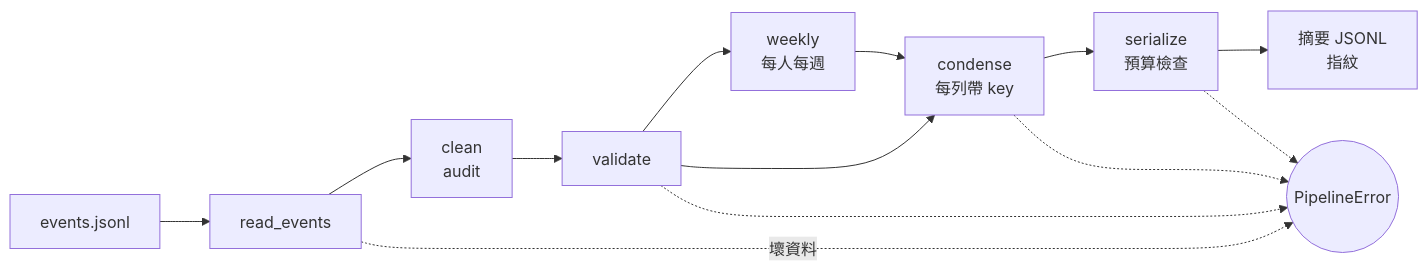
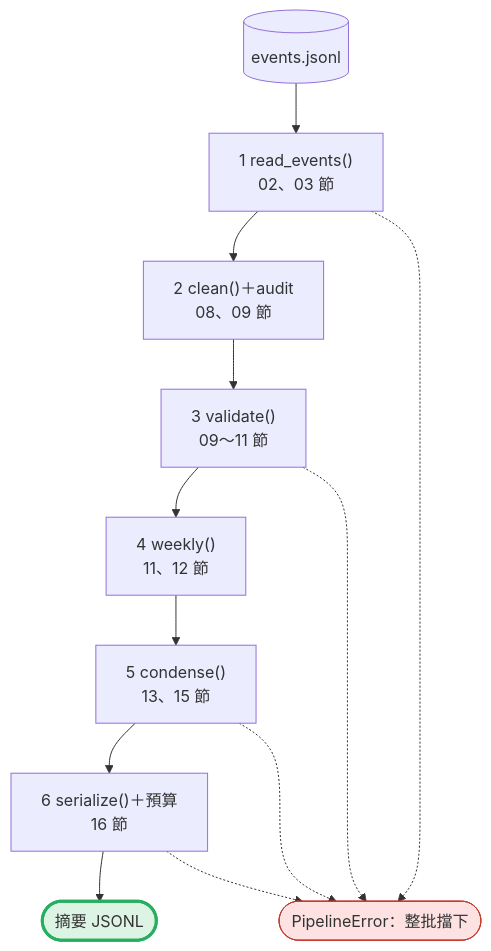
The first of 15 diagrams in 2026/18-end-to-end.md (4-learn/data-analysis-and-process-demo), drawn with Mermaid before and after one commit. The commit also changed other lines of this file and 39 other files, not shown here.

Commit message:
[pm] docs: 18 節改為「每段一張圖」：程式切成小段，每段附位置圖與步驟圖

````diff
--- a/2026/18-end-to-end.md
+++ b/2026/18-end-to-end.md
@@ -48,15 +23,16 @@
 ```mermaid
-graph LR
-    J[events.jsonl] --> R[read_events]
-    R --> C[clean<br/>audit]
-    C --> V[validate]
-    V --> W[weekly<br/>每人每週]
-    W --> S[condense<br/>每列帶 key]
-    V --> S
-    S --> O[serialize<br/>預算檢查]
-    O --> F[摘要 JSONL<br/>指紋]
-    R -. 壞資料 .-> X((PipelineError))
+flowchart TD
+    J[("events.jsonl")] --> R["1 read_events()<br/>02、03 節"]
+    R --> C["2 clean()＋audit<br/>08、09 節"]
+    C --> V["3 validate()<br/>09～11 節"]
+    V --> W["4 weekly()<br/>11、12 節"]
+    W --> S["5 condense()<br/>13、15 節"]
+    S --> O["6 serialize()＋預算<br/>16 節"]
+    O --> F(["摘要 JSONL"])
+    R -.-> X(["PipelineError：整批擋下"])
     V -.-> X
     S -.-> X
     O -.-> X
+    style X fill:#fde2e1,stroke:#c0392b
+    style F fill:#ddf3e4,stroke:#27ae60,stroke-width:3px
 ```
````
